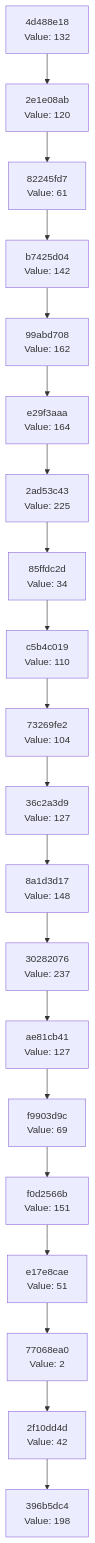
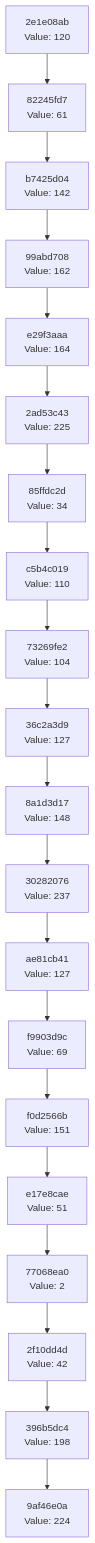
The diagram in docs/CHAIN_VISUALIZATION.md (Abhisheksinha1506/hash-chain-evolver), drawn with Mermaid before and after one commit. The commit also changed 3 other files, not shown here.

````diff
--- a/docs/CHAIN_VISUALIZATION.md
+++ b/docs/CHAIN_VISUALIZATION.md
@@ -3,42 +3,42 @@
 ```mermaid
 graph TD
-    C0["396b5dc4<br/>Value: 198"]
-    C1["2f10dd4d<br/>Value: 42"]
+    C0["9af46e0a<br/>Value: 224"]
+    C1["396b5dc4<br/>Value: 198"]
     C1 --> C0
-    C2["77068ea0<br/>Value: 2"]
+    C2["2f10dd4d<br/>Value: 42"]
     C2 --> C1
-    C3["e17e8cae<br/>Value: 51"]
+    C3["77068ea0<br/>Value: 2"]
     C3 --> C2
-    C4["f0d2566b<br/>Value: 151"]
+    C4["e17e8cae<br/>Value: 51"]
     C4 --> C3
-    C5["f9903d9c<br/>Value: 69"]
+    C5["f0d2566b<br/>Value: 151"]
     C5 --> C4
-    C6["ae81cb41<br/>Value: 127"]
+    C6["f9903d9c<br/>Value: 69"]
     C6 --> C5
-    C7["30282076<br/>Value: 237"]
+    C7["ae81cb41<br/>Value: 127"]
     C7 --> C6
-    C8["8a1d3d17<br/>Value: 148"]
+    C8["30282076<br/>Value: 237"]
     C8 --> C7
-    C9["36c2a3d9<br/>Value: 127"]
+    C9["8a1d3d17<br/>Value: 148"]
     C9 --> C8
-    C10["73269fe2<br/>Value: 104"]
+    C10["36c2a3d9<br/>Value: 127"]
     C10 --> C9
-    C11["c5b4c019<br/>Value: 110"]
+    C11["73269fe2<br/>Value: 104"]
     C11 --> C10
-    C12["85ffdc2d<br/>Value: 34"]
+    C12["c5b4c019<br/>Value: 110"]
     C12 --> C11
-    C13["2ad53c43<br/>Value: 225"]
+    C13["85ffdc2d<br/>Value: 34"]
     C13 --> C12
-    C14["e29f3aaa<br/>Value: 164"]
+    C14["2ad53c43<br/>Value: 225"]
     C14 --> C13
-    C15["99abd708<br/>Value: 162"]
+    C15["e29f3aaa<br/>Value: 164"]
     C15 --> C14
-    C16["b7425d04<br/>Value: 142"]
+    C16["99abd708<br/>Value: 162"]
     C16 --> C15
-    C17["82245fd7<br/>Value: 61"]
+    C17["b7425d04<br/>Value: 142"]
     C17 --> C16
-    C18["2e1e08ab<br/>Value: 120"]
+    C18["82245fd7<br/>Value: 61"]
     C18 --> C17
-    C19["4d488e18<br/>Value: 132"]
+    C19["2e1e08ab<br/>Value: 120"]
     C19 --> C18
 ```
````
